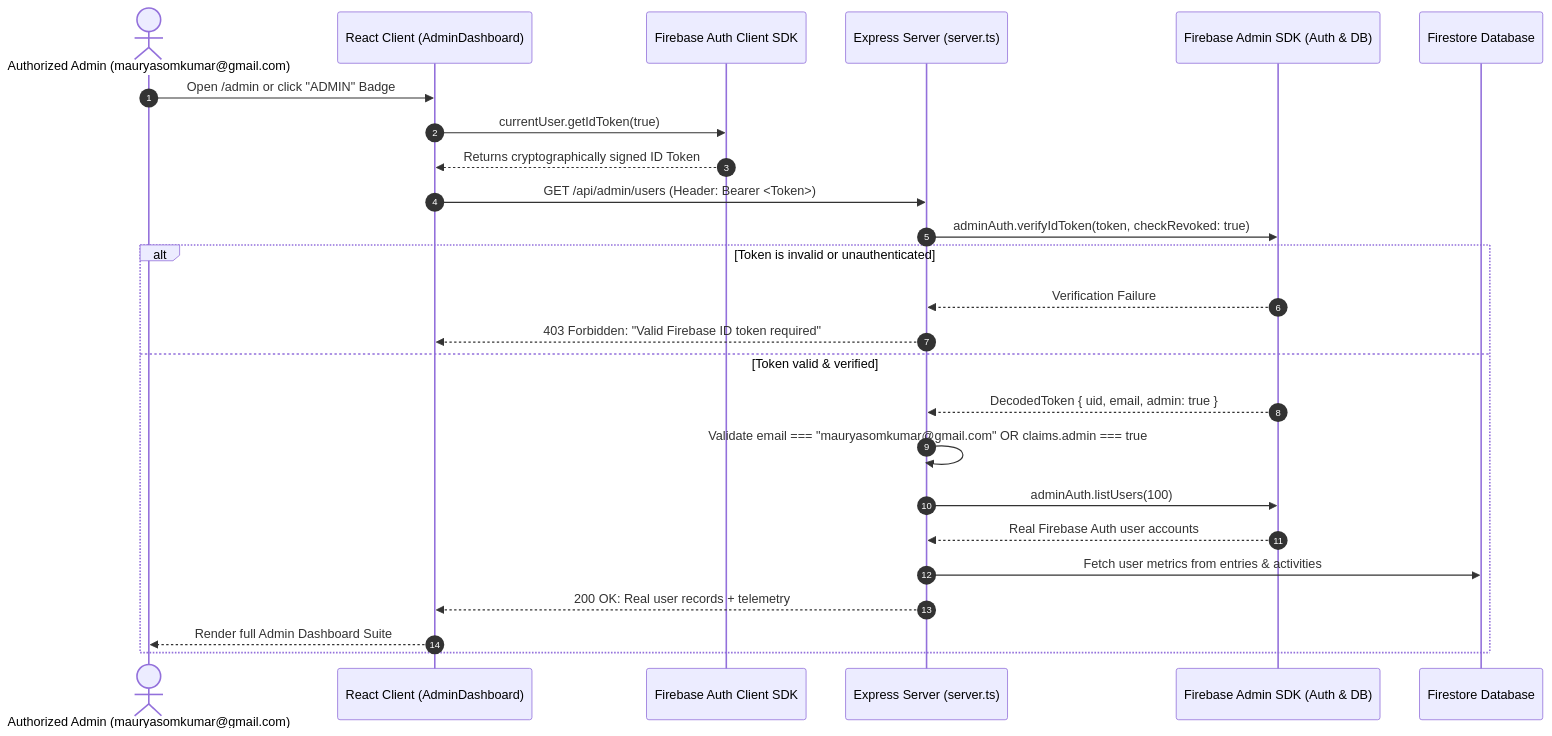
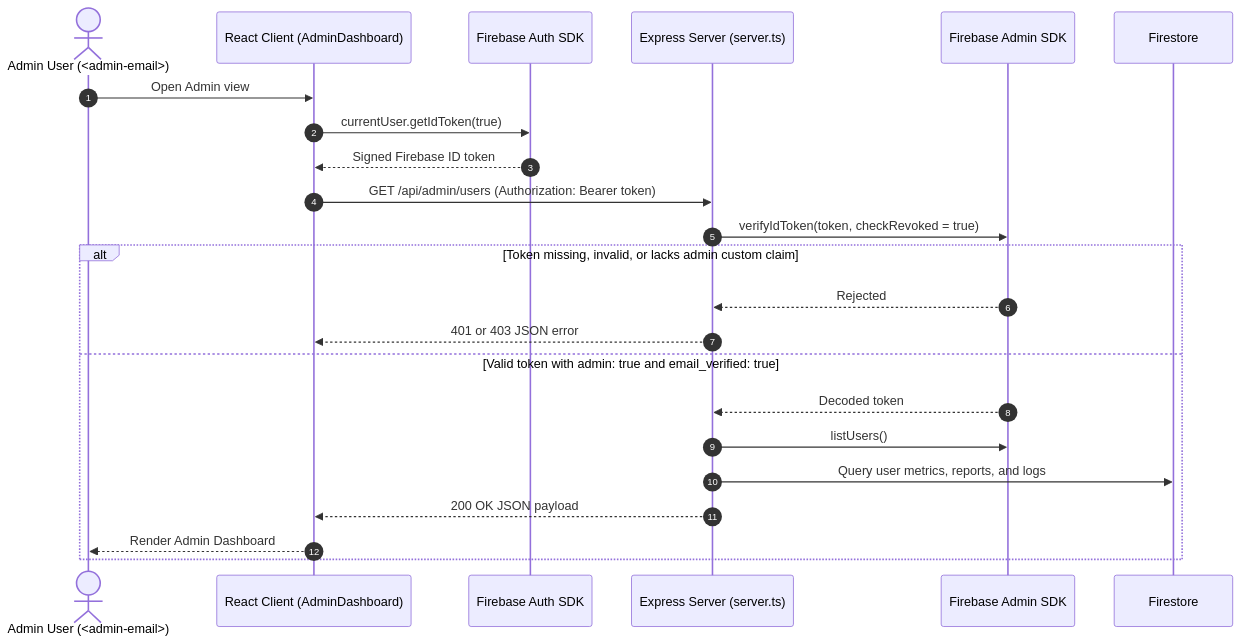
One commit to mauryasomkumar-pixel/somotoz changed the second of 7 diagrams in README.md. Above: the diagram before and after it, drawn with Mermaid. The commit also changed other lines of this file and 12 other files, not shown here.

````diff
--- a/README.md
+++ b/README.md
@@ -80,29 +114,27 @@
 ```mermaid
 sequenceDiagram
     autonumber
-    actor Admin as Authorized Admin (mauryasomkumar@gmail.com)
+    actor Admin as Admin User (<admin-email>)
     participant Client as React Client (AdminDashboard)
-    participant AuthSDK as Firebase Auth Client SDK
+    participant AuthSDK as Firebase Auth SDK
     participant Server as Express Server (server.ts)
-    participant AdminSDK as Firebase Admin SDK (Auth & DB)
-    participant Firestore as Firestore Database
+    participant AdminSDK as Firebase Admin SDK
+    participant Firestore as Firestore
 
-    Admin->>Client: Open /admin or click "ADMIN" Badge
+    Admin->>Client: Open Admin view
     Client->>AuthSDK: currentUser.getIdToken(true)
-    AuthSDK-->>Client: Returns cryptographically signed ID Token
-    Client->>Server: GET /api/admin/users (Header: Bearer <Token>)
-    Server->>AdminSDK: adminAuth.verifyIdToken(token, checkRevoked: true)
-    
-    alt Token is invalid or unauthenticated
-        AdminSDK-->>Server: Verification Failure
-        Server-->>Client: 403 Forbidden: "Valid Firebase ID token required"
-    else Token valid & verified
-        AdminSDK-->>Server: DecodedToken { uid, email, admin: true }
-        Server->>Server: Validate email === "mauryasomkumar@gmail.com" OR claims.admin === true
-        Server->>AdminSDK: adminAuth.listUsers(100)
-        AdminSDK-->>Server: Real Firebase Auth user accounts
-        Server->>Firestore: Fetch user metrics from entries & activities
-        Server-->>Client: 200 OK: Real user records + telemetry
-        Client-->>Admin: Render full Admin Dashboard Suite
+    AuthSDK-->>Client: Signed Firebase ID token
+    Client->>Server: GET /api/admin/users (Authorization: Bearer token)
+    Server->>AdminSDK: verifyIdToken(token, checkRevoked = true)
+
+    alt Token missing, invalid, or lacks admin custom claim
+        AdminSDK-->>Server: Rejected
+        Server-->>Client: 401 or 403 JSON error
+    else Valid token with admin: true and email_verified: true
+        AdminSDK-->>Server: Decoded token
+        Server->>AdminSDK: listUsers()
+        Server->>Firestore: Query user metrics, reports, and logs
+        Server-->>Client: 200 OK JSON payload
+        Client-->>Admin: Render Admin Dashboard
     end
 ```
````
